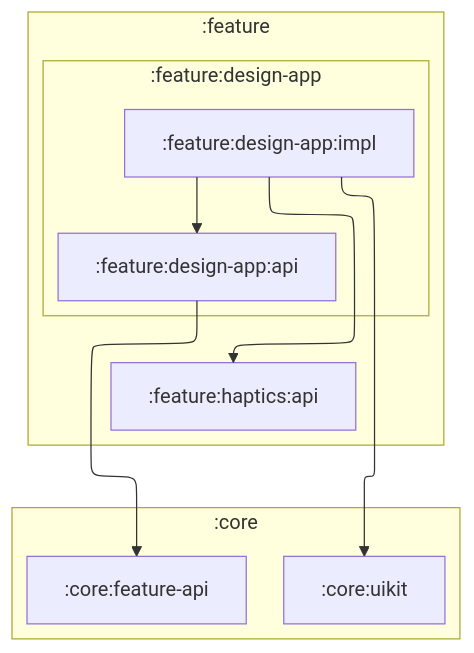
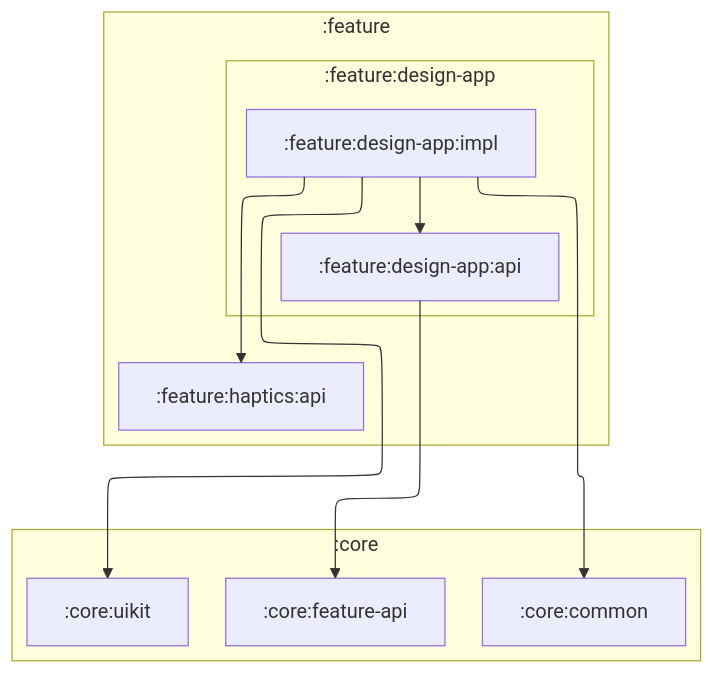
One commit to IliaVoskoboinikov/Finance-Manager changed the diagram in feature/design-app/impl/README.md. Above: the diagram before and after it, drawn with Mermaid. The commit also changed 18 other files, not shown here.

````diff
--- a/feature/design-app/impl/README.md
+++ b/feature/design-app/impl/README.md
@@ -11,29 +11,31 @@
 ```mermaid
 ---
 config:
   layout: elk
   elk:
     nodePlacementStrategy: SIMPLE
 ---
 graph TB
     subgraph :feature
         subgraph :feature:design-app
             :feature:design-app:api
             :feature:design-app:impl
         end
 
         :feature:haptics:api
     end
 
     subgraph :core
+        :core:common
         :core:uikit
         :core:feature-api
     end
 
     :feature:design-app:impl --> :feature:design-app:api
+    :feature:design-app:impl --> :core:common
     :feature:design-app:impl --> :core:uikit
     :feature:design-app:impl --> :feature:haptics:api
     :feature:design-app:api --> :core:feature-api
 
     classDef android-library fill:#9BF6FF,stroke:#000,stroke-width:2px,color:#000;
 ```
````
